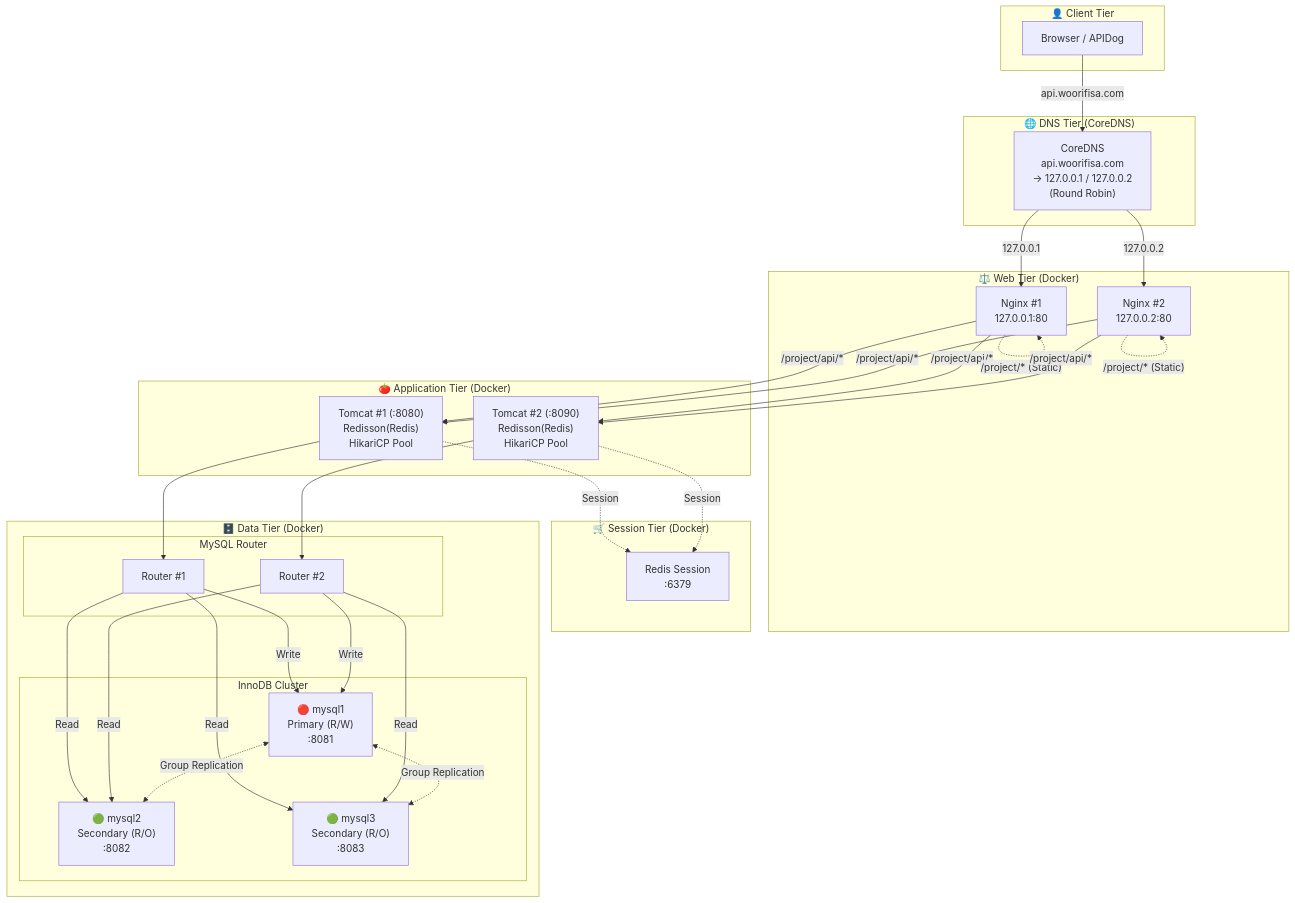
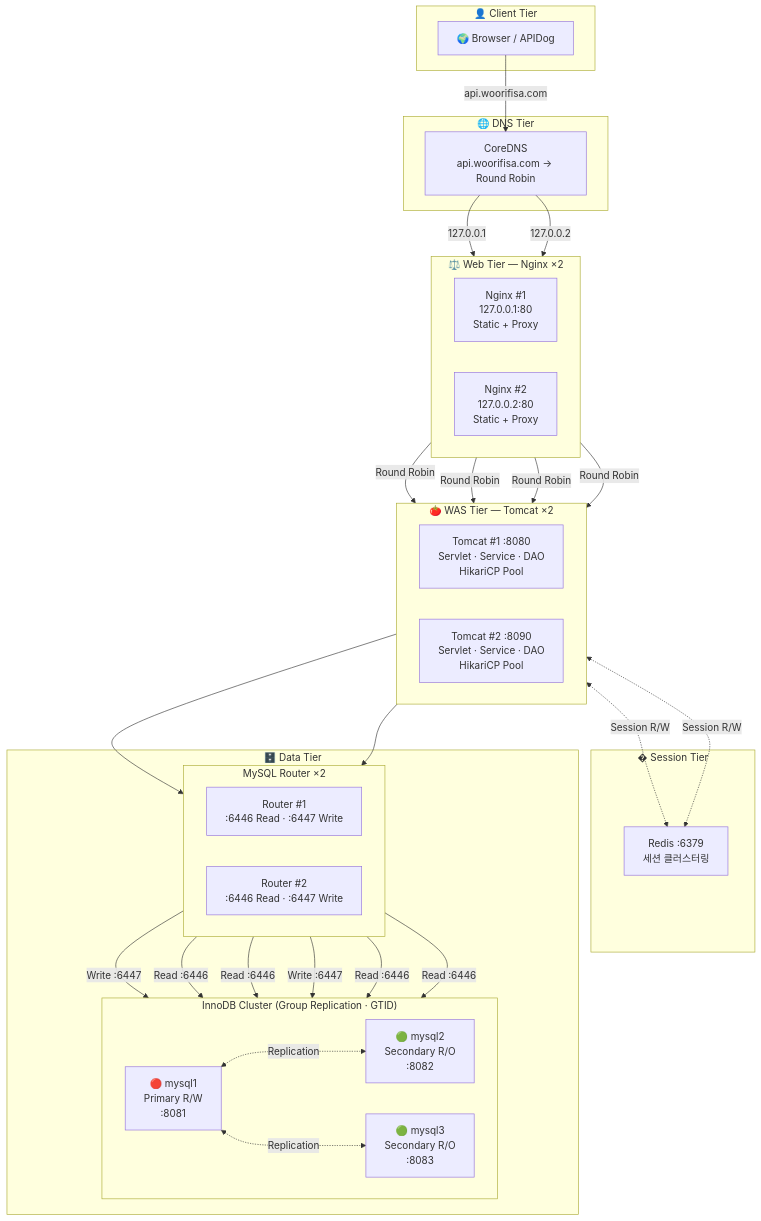
One commit to PetterChanHyuk/Woori-FISA_3-Tier-Architecture changed the diagram in README.md. Above: the diagram before and after it, drawn with Mermaid.

Commit message:
Revise flowchart and descriptions in README
Updated flowchart in README to reflect changes in architecture and improve clarity.

````diff
--- a/README.md
+++ b/README.md
@@ -11,58 +11,65 @@
 ```mermaid
 flowchart TB
     subgraph CLIENT ["👤 Client Tier"]
-        Browser["Browser / APIDog"]
+        Browser["🌍 Browser / APIDog"]
     end
 
-    subgraph DNS ["🌐 DNS Tier (CoreDNS)"]
-        CoreDNS["CoreDNS<br/>api.woorifisa.com<br/>→ 127.0.0.1 / 127.0.0.2<br/>(Round Robin)"]
+    subgraph DNS ["🌐 DNS Tier"]
+        CoreDNS["CoreDNS<br/>api.woorifisa.com → Round Robin"]
     end
 
-    subgraph WEB ["⚖️ Web Tier (Docker)"]
-        N1["Nginx #1<br/>127.0.0.1:80"]
-        N2["Nginx #2<br/>127.0.0.2:80"]
+    subgraph WEB ["⚖️ Web Tier — Nginx ×2"]
+        direction LR
+        N1["Nginx #1<br/>127.0.0.1:80<br/>Static + Proxy"]
+        N2["Nginx #2<br/>127.0.0.2:80<br/>Static + Proxy"]
     end
 
-    subgraph APP ["🍅 Application Tier (Docker)"]
-        T1["Tomcat #1 (:8080)<br/>Redisson(Redis)<br/>HikariCP Pool"]
-        T2["Tomcat #2 (:8090)<br/>Redisson(Redis)<br/>HikariCP Pool"]
+    subgraph APP ["🍅 WAS Tier — Tomcat ×2"]
+        direction LR
+        T1["Tomcat #1 :8080<br/>Servlet · Service · DAO<br/>HikariCP Pool"]
+        T2["Tomcat #2 :8090<br/>Servlet · Service · DAO<br/>HikariCP Pool"]
     end
 
-    subgraph SESSION ["🛒 Session Tier (Docker)"]
-        Redis["Redis Session<br/>:6379"]
+    subgraph SESSION ["� Session Tier"]
+        Redis["Redis :6379<br/>세션 클러스터링"]
     end
 
-    subgraph DATA ["🗄️ Data Tier (Docker)"]
-        subgraph ROUTER ["MySQL Router"]
-            R1["Router #1"]
-            R2["Router #2"]
+    subgraph DATA ["🗄️ Data Tier"]
+        subgraph ROUTER ["MySQL Router ×2"]
+            direction LR
+            R1["Router #1<br/>:6446 Read · :6447 Write"]
+            R2["Router #2<br/>:6446 Read · :6447 Write"]
         end
-        subgraph CLUSTER ["InnoDB Cluster"]
-            M1["🔴 mysql1<br/>Primary (R/W)<br/>:8081"]
-            M2["🟢 mysql2<br/>Secondary (R/O)<br/>:8082"]
-            M3["🟢 mysql3<br/>Secondary (R/O)<br/>:8083"]
+        subgraph CLUSTER ["InnoDB Cluster (Group Replication · GTID)"]
+            direction LR
+            M1["🔴 mysql1<br/>Primary R/W<br/>:8081"]
+            M2["🟢 mysql2<br/>Secondary R/O<br/>:8082"]
+            M3["🟢 mysql3<br/>Secondary R/O<br/>:8083"]
         end
     end
 
     Browser -->|"api.woorifisa.com"| CoreDNS
     CoreDNS -->|"127.0.0.1"| N1
     CoreDNS -->|"127.0.0.2"| N2
-    N1 -->|"/project/api/*"| T1
-    N1 -->|"/project/api/*"| T2
-    N1 -.->|"/project/* (Static)"| N1
-    N2 -->|"/project/api/*"| T1
-    N2 -->|"/project/api/*"| T2
-    N2 -.->|"/project/* (Static)"| N2
-    T1 -.->|"Session"| Redis
-    T2 -.->|"Session"| Redis
+
+    N1 -->|"Round Robin"| T1
+    N1 -->|"Round Robin"| T2
+    N2 -->|"Round Robin"| T1
+    N2 -->|"Round Robin"| T2
+
+    T1 <-.->|"Session R/W"| Redis
+    T2 <-.->|"Session R/W"| Redis
+
     T1 --> R1
     T2 --> R2
-    R1 -->|"Write"| M1
-    R1 -->|"Read"| M2
-    R1 -->|"Read"| M3
-    R2 -->|"Write"| M1
-    R2 -->|"Read"| M2
-    R2 -->|"Read"| M3
-    M1 <-.->|"Group Replication"| M2
-    M1 <-.->|"Group Replication"| M3
+
+    R1 -->|"Write :6447"| M1
+    R1 -->|"Read :6446"| M2
+    R1 -->|"Read :6446"| M3
+    R2 -->|"Write :6447"| M1
+    R2 -->|"Read :6446"| M2
+    R2 -->|"Read :6446"| M3
+
+    M1 <-..->|"Replication"| M2
+    M1 <-..->|"Replication"| M3
 ```
````
